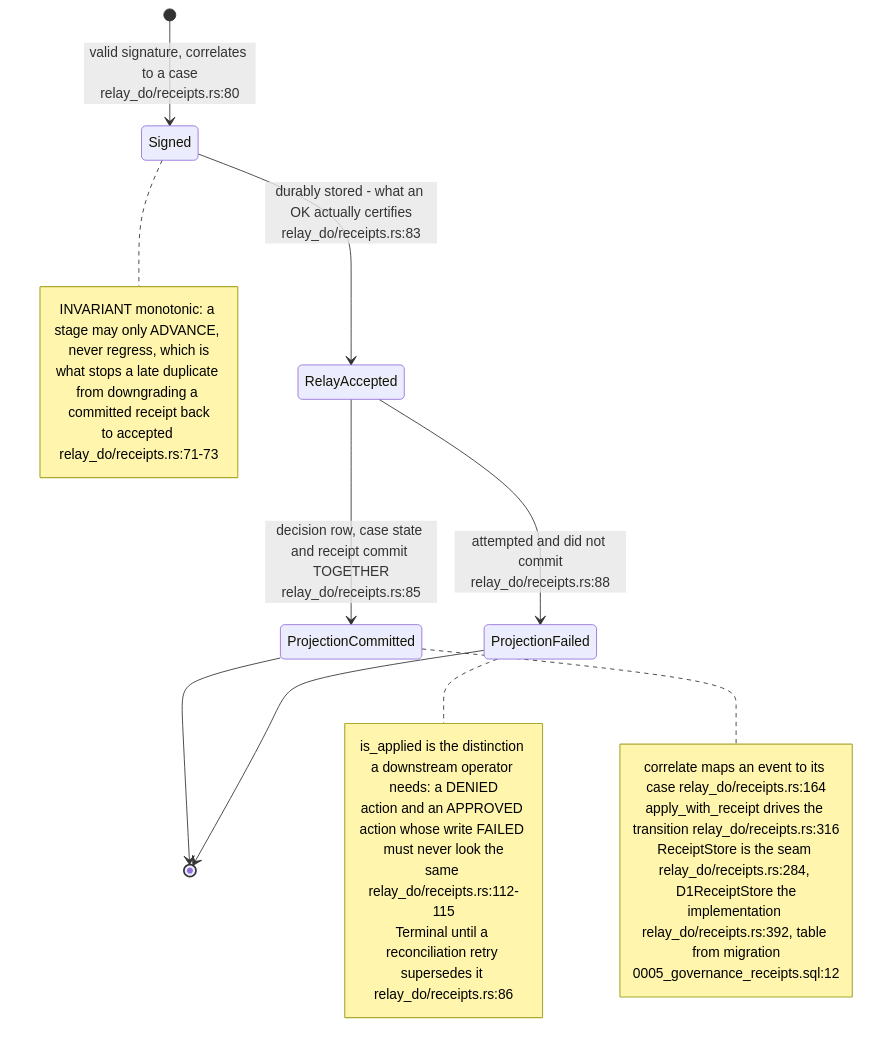
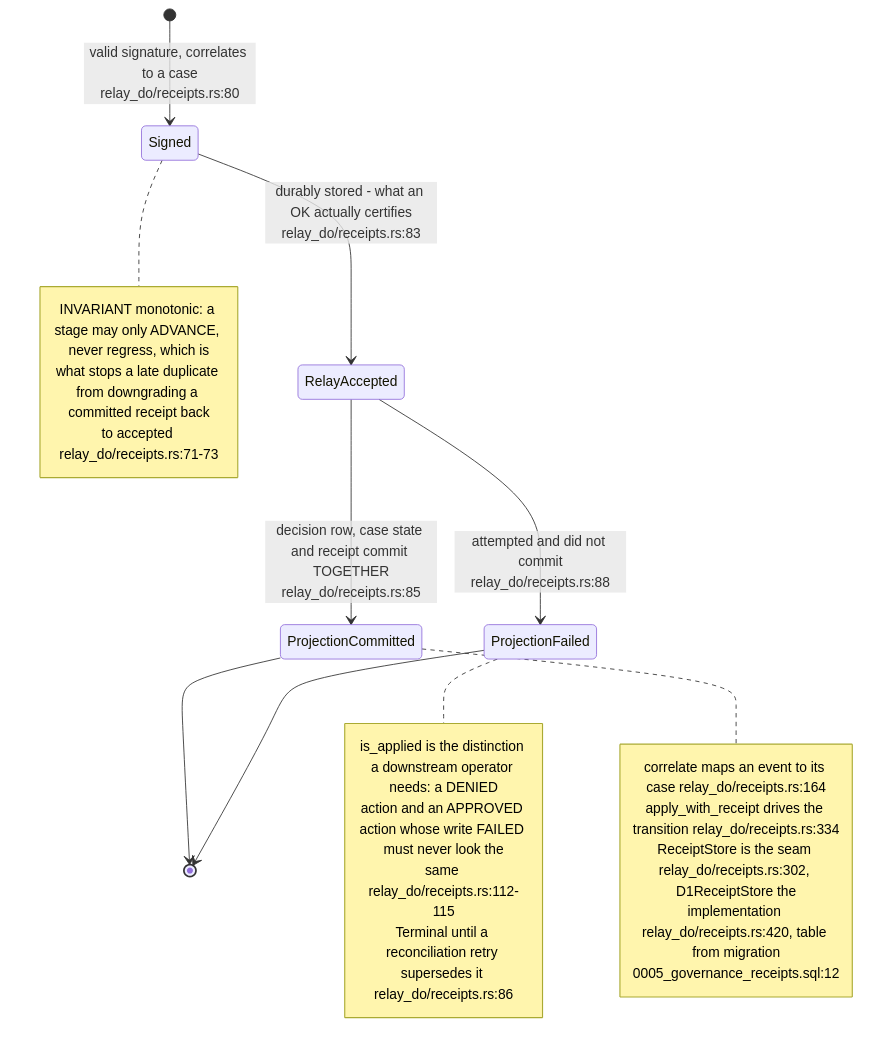
The ninth of 15 diagrams in docs/diagrams/nostr-rust-forum/11-relay-durable-object-internals.md (DreamLab-AI/VisionFlow), drawn with Mermaid before and after one commit. The commit also changed other lines of this file and 51 other files, not shown here.

First line of the commit message:
docs(diagrams): agentbox AB-01..13 re-attested anchor by anchor (980 anchors, 22 defects); checkpoint against an out-of-mesh writer

````diff
--- a/docs/diagrams/nostr-rust-forum/11-relay-durable-object-internals.md
+++ b/docs/diagrams/nostr-rust-forum/11-relay-durable-object-internals.md
@@ -250,28 +250,28 @@
 ```mermaid
 stateDiagram-v2
     [*] --> Signed: valid signature, correlates to a case<br/>relay_do/receipts.rs:80
     Signed --> RelayAccepted: durably stored - what an OK actually certifies<br/>relay_do/receipts.rs:83
     RelayAccepted --> ProjectionCommitted: decision row, case state and receipt commit TOGETHER<br/>relay_do/receipts.rs:85
     RelayAccepted --> ProjectionFailed: attempted and did not commit<br/>relay_do/receipts.rs:88
     ProjectionCommitted --> [*]
     ProjectionFailed --> [*]
 
     note right of Signed
         INVARIANT monotonic: a stage may only ADVANCE, never regress, which is
         what stops a late duplicate from downgrading a committed receipt back
         to accepted relay_do/receipts.rs:71-73
     end note
     note right of ProjectionFailed
         is_applied is the distinction a downstream operator needs: a DENIED
         action and an APPROVED action whose write FAILED must never look the
         same relay_do/receipts.rs:112-115
         Terminal until a reconciliation retry supersedes it relay_do/receipts.rs:86
     end note
     note right of ProjectionCommitted
         correlate maps an event to its case relay_do/receipts.rs:164
-        apply_with_receipt drives the transition relay_do/receipts.rs:316
-        ReceiptStore is the seam relay_do/receipts.rs:284, D1ReceiptStore the
-        implementation relay_do/receipts.rs:392, table from migration
+        apply_with_receipt drives the transition relay_do/receipts.rs:334
+        ReceiptStore is the seam relay_do/receipts.rs:302, D1ReceiptStore the
+        implementation relay_do/receipts.rs:420, table from migration
         0005_governance_receipts.sql:12
     end note
 ```
````
